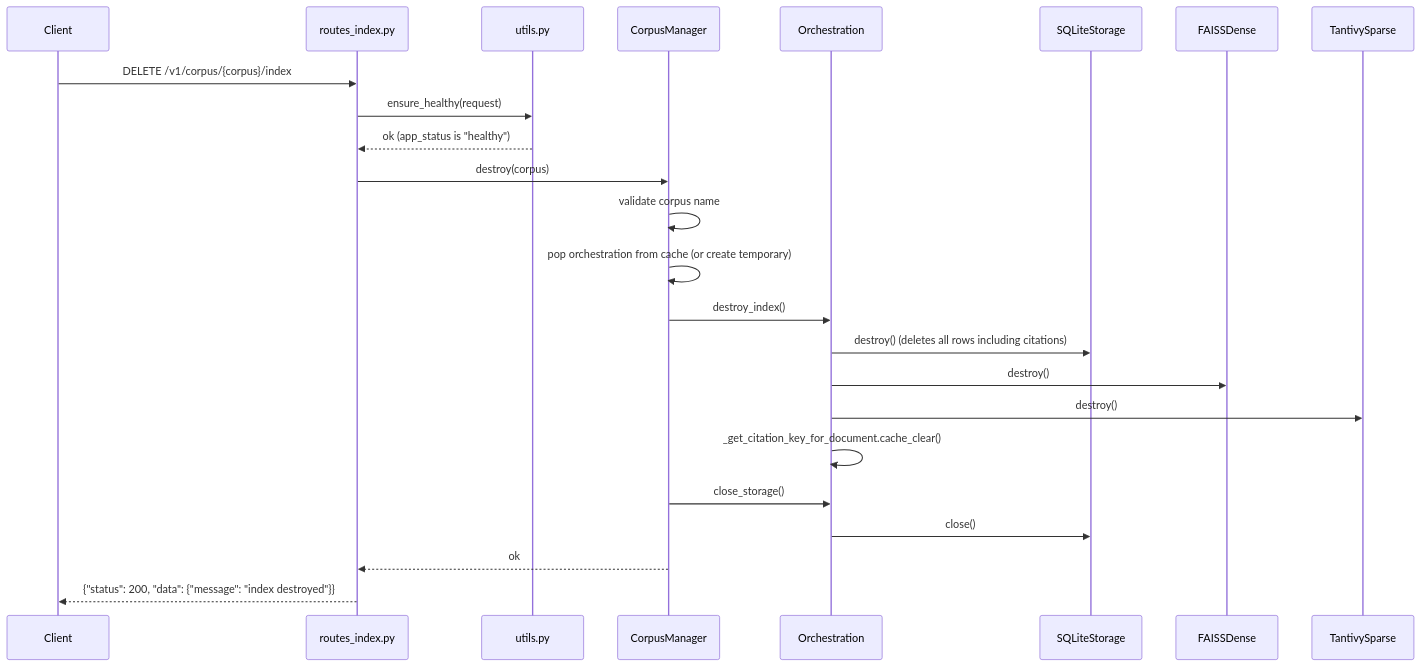
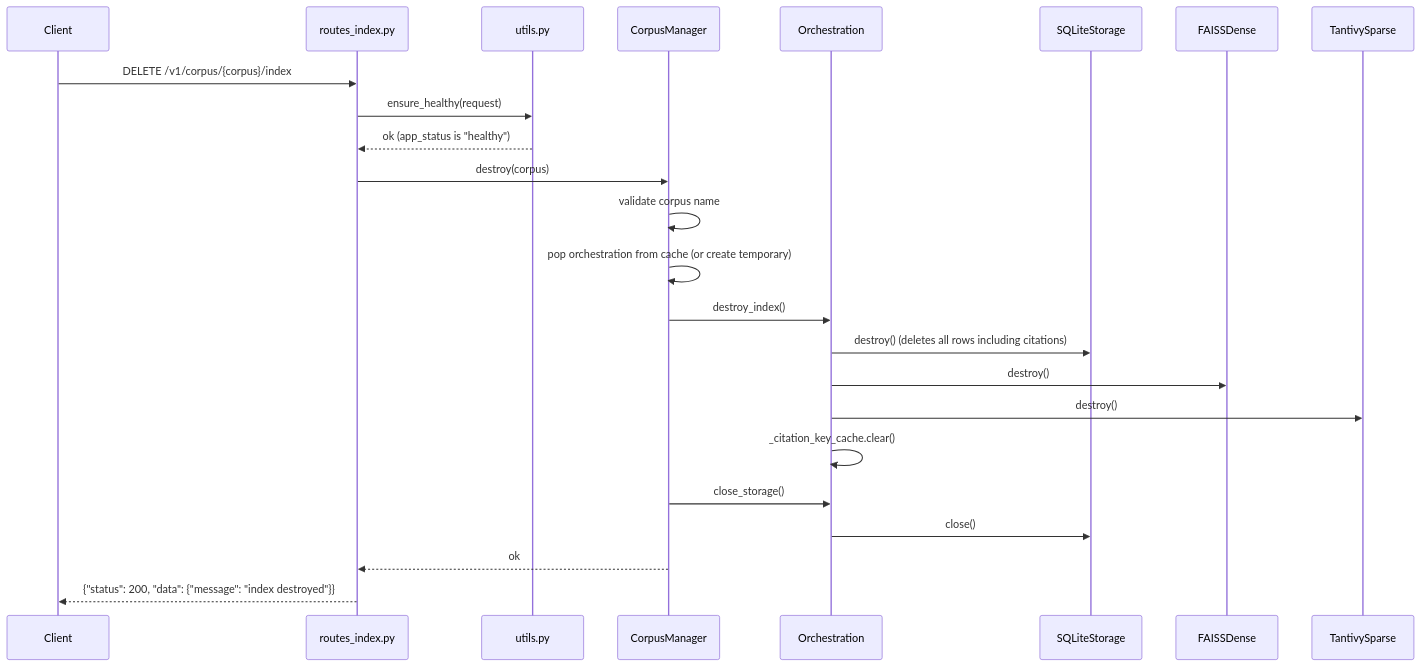
The fourth of 10 diagrams in docs/SPECIFICATION-DATA-FLOW.md (florianbuetow/mini-rag), drawn with Mermaid before and after one commit. The commit also changed 25 other files, not shown here.

````diff
--- a/docs/SPECIFICATION-DATA-FLOW.md
+++ b/docs/SPECIFICATION-DATA-FLOW.md
@@ -495,27 +495,27 @@
 ```mermaid
 sequenceDiagram
     participant C as Client
     participant R as routes_index.py
     participant U as utils.py
     participant CM as CorpusManager
     participant O as Orchestration
     participant ST as SQLiteStorage
     participant D as FAISSDense
     participant SP as TantivySparse
 
     C->>R: DELETE /v1/corpus/{corpus}/index
     R->>U: ensure_healthy(request)
     U-->>R: ok (app_status is "healthy")
     R->>CM: destroy(corpus)
     CM->>CM: validate corpus name
     CM->>CM: pop orchestration from cache (or create temporary)
     CM->>O: destroy_index()
     O->>ST: destroy() (deletes all rows including citations)
     O->>D: destroy()
     O->>SP: destroy()
-    O->>O: _get_citation_key_for_document.cache_clear()
+    O->>O: _citation_key_cache.clear()
     CM->>O: close_storage()
     O->>ST: close()
     CM-->>R: ok
     R-->>C: {"status": 200, "data": {"message": "index destroyed"}}
 ```
````
